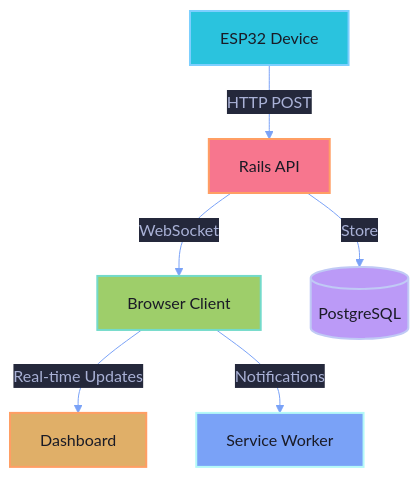
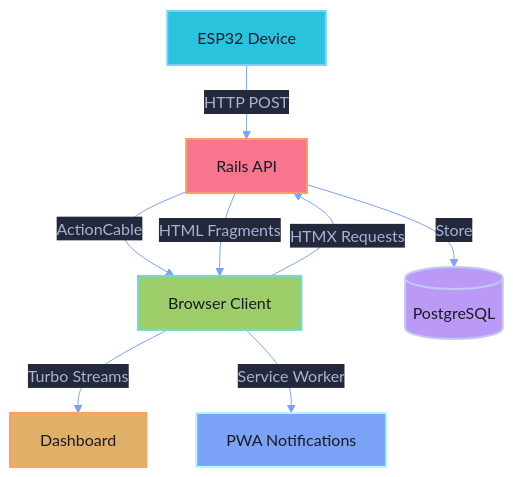
Before and after one commit to mathisto/sprout-server: the diagram in README.md, drawn with Mermaid.

Commit message:
📊 Update architecture diagram to show HTMX and Hotwire flows

````diff
--- a/README.md
+++ b/README.md
@@ -98,29 +98,33 @@
 ```mermaid
 %%{
   init: {
     'theme': 'base',
     'themeVariables': {
       'primaryColor': '#1a1b26',
       'primaryTextColor': '#a9b1d6',
       'primaryBorderColor': '#7aa2f7',
       'lineColor': '#7aa2f7',
       'secondaryColor': '#24283b',
       'tertiaryColor': '#414868'
     }
   }
 }%%
 graph TD
     A[ESP32 Device]:::iot -->|HTTP POST| B[Rails API]:::server
-    B -->|WebSocket| C[Browser Client]:::client
+    B -->|ActionCable| C[Browser Client]:::client
     B -->|Store| D[(PostgreSQL)]:::db
-    C -->|Real-time Updates| E[Dashboard]:::ui
-    C -->|Notifications| F[Service Worker]:::worker
+    
+    C -->|HTMX Requests| B
+    B -->|HTML Fragments| C
+    
+    C -->|Turbo Streams| E[Dashboard]:::ui
+    C -->|Service Worker| F[PWA Notifications]:::worker
 
     classDef default fill:#1a1b26,stroke:#7aa2f7,color:#a9b1d6,stroke-width:2px
     classDef iot fill:#2ac3de,stroke:#7dcfff,color:#1a1b26,stroke-width:2px
     classDef server fill:#f7768e,stroke:#ff9e64,color:#1a1b26,stroke-width:2px
     classDef client fill:#9ece6a,stroke:#73daca,color:#1a1b26,stroke-width:2px
     classDef db fill:#bb9af7,stroke:#c0caf5,color:#1a1b26,stroke-width:2px
     classDef ui fill:#e0af68,stroke:#ff9e64,color:#1a1b26,stroke-width:2px
     classDef worker fill:#7aa2f7,stroke:#b4f9f8,color:#1a1b26,stroke-width:2px
 ```
````
